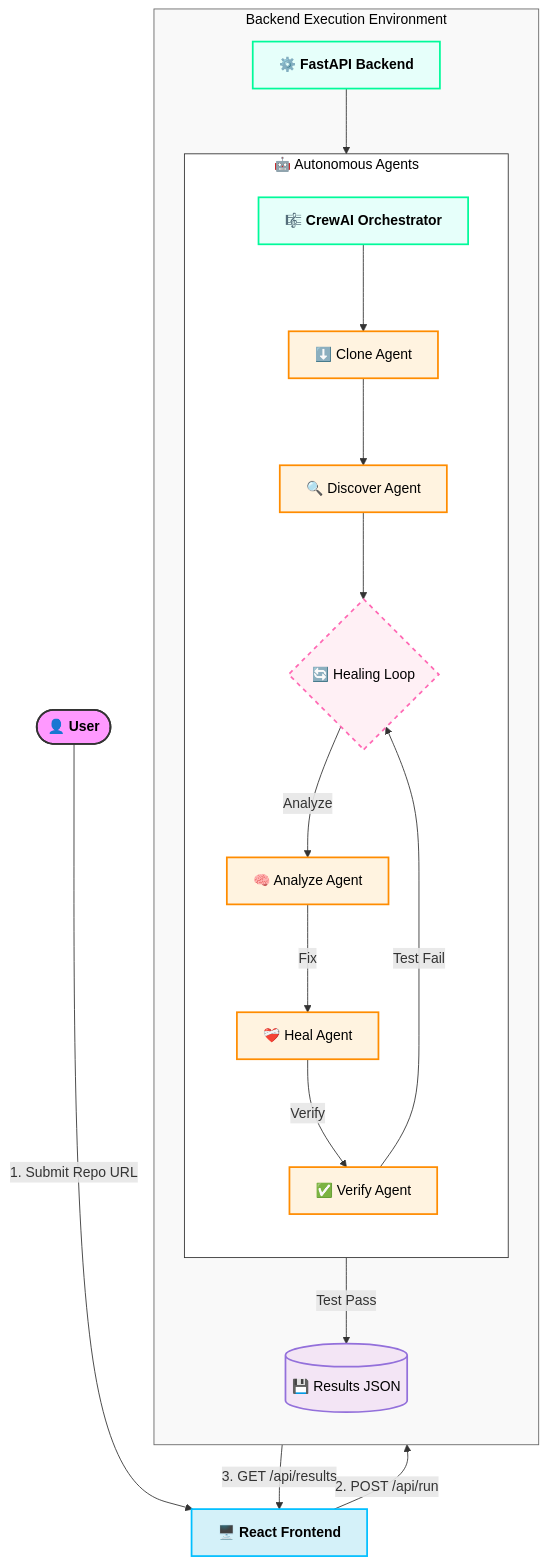
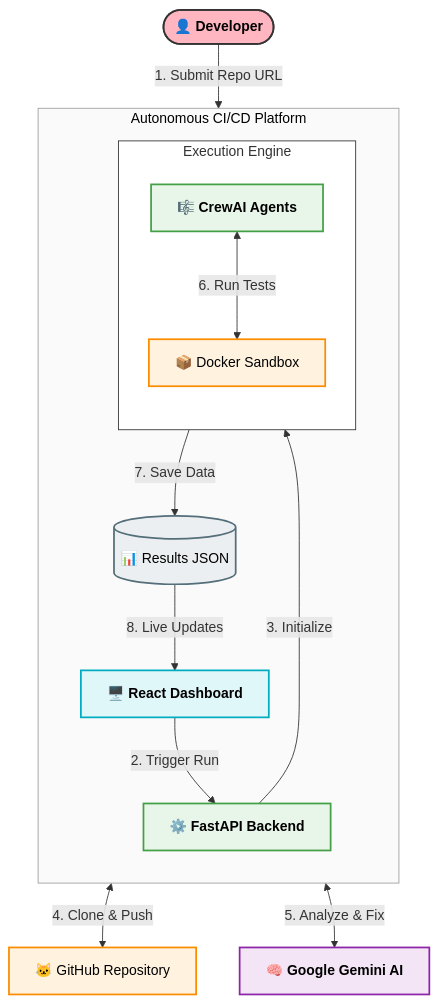
The diagram in README.md (AshrafGalaxy/RIFT_2026), drawn with Mermaid before and after one commit.

Commit message:
Update architecture diagram to high-level system view

````diff
--- a/README.md
+++ b/README.md
@@ -15,38 +15,46 @@
 ```mermaid
 graph TD
-    %% Styles
-    classDef user fill:#f9f,stroke:#333,stroke-width:2px,color:black,font-weight:bold
-    classDef frontend fill:#d4f1f9,stroke:#00bfff,stroke-width:2px,color:black,font-weight:bold
-    classDef backend fill:#e6fffa,stroke:#00fa9a,stroke-width:2px,color:black,font-weight:bold
-    classDef agent fill:#fff3e0,stroke:#ff8c00,stroke-width:2px,color:black
-    classDef loop fill:#fff0f5,stroke:#ff69b4,stroke-width:2px,color:black,stroke-dasharray: 5 5
-    classDef storage fill:#f3e5f5,stroke:#9370db,stroke-width:2px,color:black
+    %% Global Styles
+    classDef user fill:#FFB6C1,stroke:#333,stroke-width:2px,color:black,font-weight:bold
+    classDef frontend fill:#E0F7FA,stroke:#00ACC1,stroke-width:2px,color:black,font-weight:bold
+    classDef backend fill:#E8F5E9,stroke:#43A047,stroke-width:2px,color:black,font-weight:bold
+    classDef ai fill:#F3E5F5,stroke:#8E24AA,stroke-width:2px,color:black,font-weight:bold
+    classDef ext fill:#FFF3E0,stroke:#FB8C00,stroke-width:2px,color:black
+    classDef db fill:#ECEFF1,stroke:#546E7A,stroke-width:2px,color:black
 
-    User([👤 User]):::user -->|1. Submit Repo URL| Frontend[🖥️ React Frontend]:::frontend
-    Frontend -->|2. POST /api/run| Backend[⚙️ FastAPI Backend]:::backend
+    %% External Actors
+    User([👤 Developer]):::user
+    GitHub[🐱 GitHub Repository]:::ext
+    Gemini[🧠 Google Gemini AI]:::ai
 
-    subgraph Core_Logic [Backend Execution Environment]
+    %% System Boundary
+    subgraph System [Autonomous CI/CD Platform]
         direction TB
-        style Core_Logic fill:#f9f9f9,stroke:#666,stroke-width:1px,color:black
+        style System fill:#FAFAFA,stroke:#9E9E9E,stroke-width:1px,color:black
+
+        Frontend[🖥️ React Dashboard]:::frontend
+        Backend[⚙️ FastAPI Backend]:::backend
         
-        Backend --> Orchestrator[🎼 CrewAI Orchestrator]:::backend
-        
-        subgraph Agents [🤖 Autonomous Agents]
+        subgraph Engine [Execution Engine]
             direction TB
-            style Agents fill:#fff,stroke:#333,stroke-width:1px,color:black
+            style Engine fill:#FFFFFF,stroke:#333,stroke-width:1px
             
-            Orchestrator --> Clone[⬇️ Clone Agent]:::agent
-            Clone --> Discover[🔍 Discover Agent]:::agent
-            Discover --> HealLoop{🔄 Healing Loop}:::loop
-            
-            HealLoop -->|Analyze| Analyze[🧠 Analyze Agent]:::agent
-            Analyze -->|Fix| Heal[❤️‍🩹 Heal Agent]:::agent
-            Heal -->|Verify| Verify[✅ Verify Agent]:::agent
-            Verify -->|Test Fail| HealLoop
+            Orchestrator[🎼 CrewAI Agents]:::backend
+            Sandbox[📦 Docker Sandbox]:::ext
         end
         
-        Verify -->|Test Pass| Results[(💾 Results JSON)]:::storage
+        Results[(📊 Results JSON)]:::db
     end
 
-    Results -->|3. GET /api/results| Frontend
+    %% Data Flow
+    User -->|1. Submit Repo URL| Frontend
+    Frontend -->|2. Trigger Run| Backend
+    Backend -->|3. Initialize| Orchestrator
+    
+    Orchestrator <-->|4. Clone & Push| GitHub
+    Orchestrator <-->|5. Analyze & Fix| Gemini
+    Orchestrator <-->|6. Run Tests| Sandbox
+    
+    Orchestrator -->|7. Save Data| Results
+    Results -->|8. Live Updates| Frontend
 ```
````
